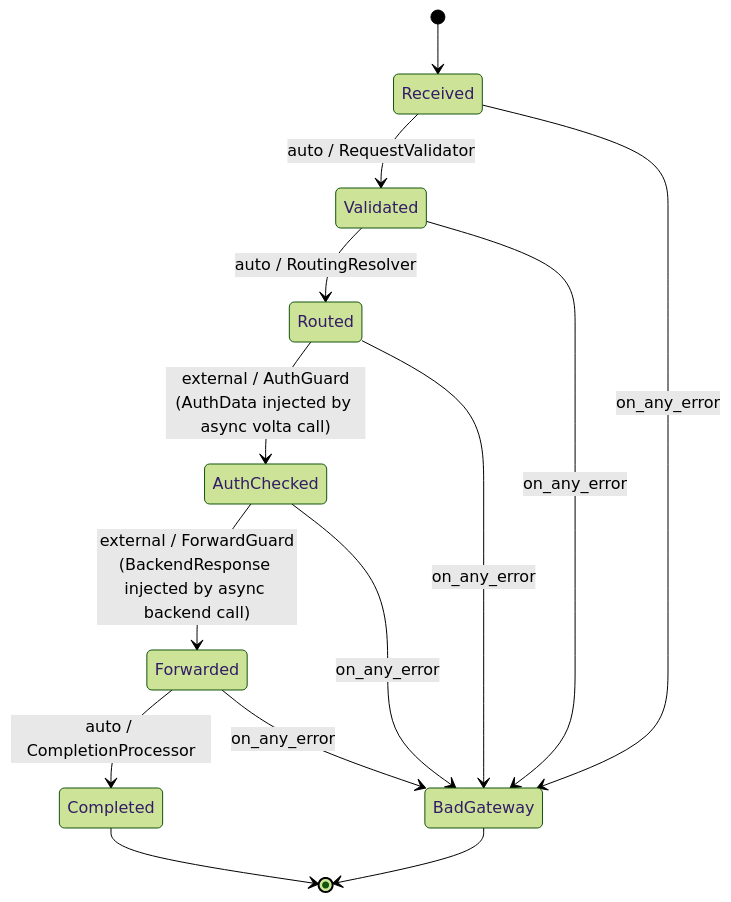
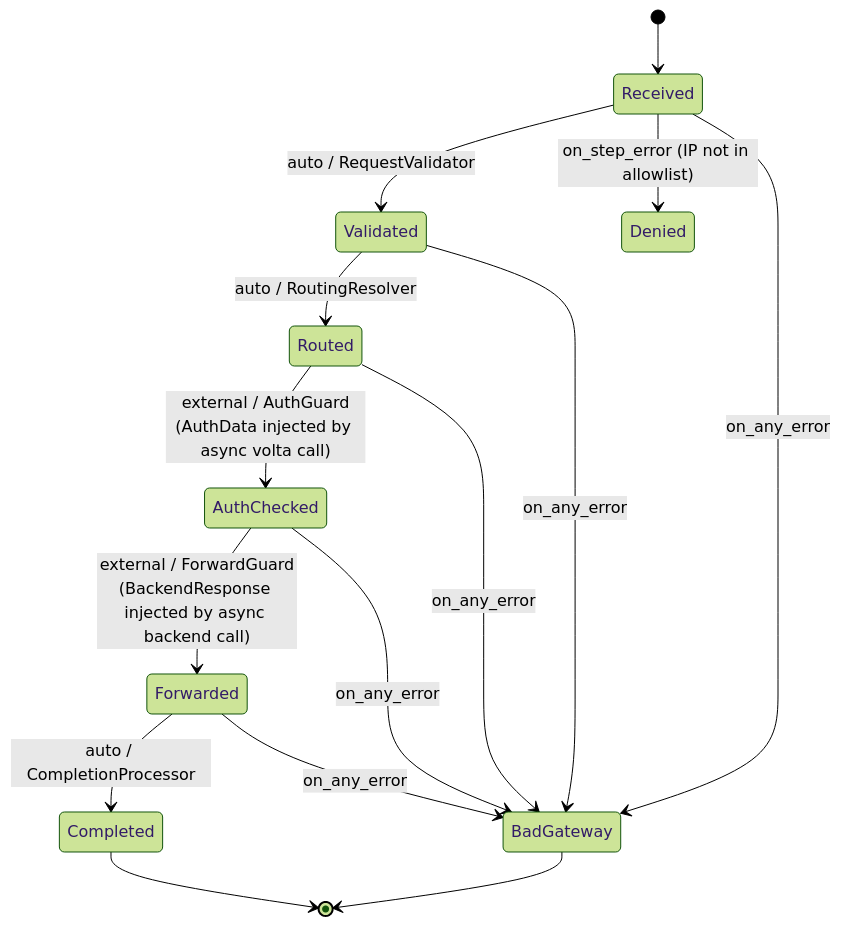
Before and after one commit to opaopa6969/volta-gateway: the first of 11 diagrams in spec/SPEC.md, drawn with Mermaid (forest theme). The commit also changed other lines of this file and 5 other files, not shown here.

````diff
--- a/spec/SPEC.md
+++ b/spec/SPEC.md
@@ -185,17 +185,18 @@
 ```mermaid
 stateDiagram-v2
     [*] --> Received
     Received --> Validated : auto / RequestValidator
     Validated --> Routed : auto / RoutingResolver
     Routed --> AuthChecked : external / AuthGuard<br/>(AuthData injected by async volta call)
     AuthChecked --> Forwarded : external / ForwardGuard<br/>(BackendResponse injected by async backend call)
     Forwarded --> Completed : auto / CompletionProcessor
     Completed --> [*]
 
+    Received --> Denied : on_step_error (IP not in allowlist)
     Received --> BadGateway : on_any_error
     Validated --> BadGateway : on_any_error
     Routed --> BadGateway : on_any_error
     AuthChecked --> BadGateway : on_any_error
     Forwarded --> BadGateway : on_any_error
     BadGateway --> [*]
 ```
````
